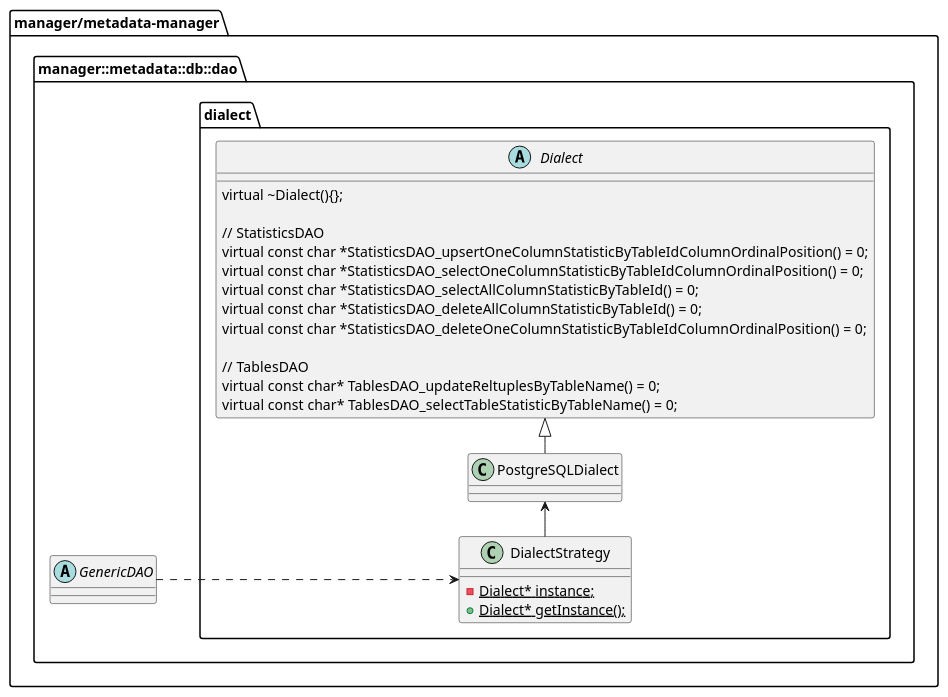
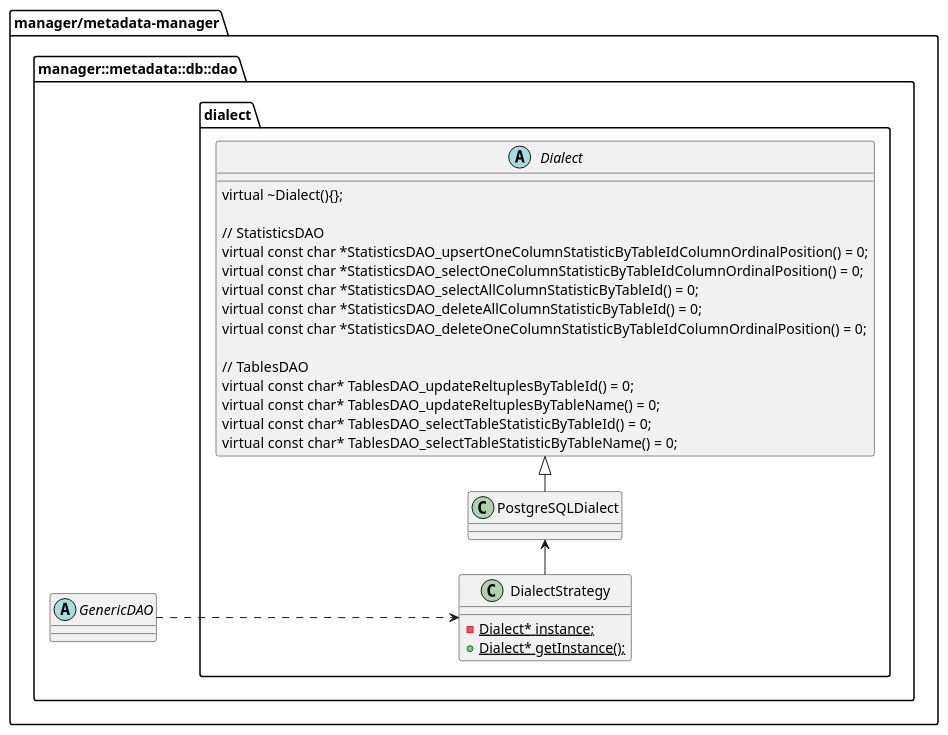
Before and after one commit to project-tsurugi/metadata-manager: the sixth of 7 diagrams in metadata-manager/docs/statistic/02.FD/uml/ClassDiagram_detail.pu, drawn with PlantUML. The commit also changed other lines of this file and 10 other files, not shown here.

```diff
--- a/metadata-manager/docs/statistic/02.FD/uml/ClassDiagram_detail.pu
+++ b/metadata-manager/docs/statistic/02.FD/uml/ClassDiagram_detail.pu
@@ -266,48 +270,50 @@
 @startuml ClassDiagram_detail_dialect
 left to right direction
 
 package "manager/metadata-manager" {
 
   package manager::metadata::db::dao{
 
     abstract class GenericDAO
     {
     }
 
     package dialect{
       class DialectStrategy
       {
         -{field}{static}{method}Dialect* instance;
         +{method}{static}{method}Dialect* getInstance();
       }
   
       abstract class Dialect {
 
 	      {method}virtual ~Dialect(){};
         {method}
         {method}// StatisticsDAO
 	      {method}virtual const char *StatisticsDAO_upsertOneColumnStatisticByTableIdColumnOrdinalPosition() = 0;
 	      {method}virtual const char *StatisticsDAO_selectOneColumnStatisticByTableIdColumnOrdinalPosition() = 0;
 	      {method}virtual const char *StatisticsDAO_selectAllColumnStatisticByTableId() = 0;
         {method}virtual const char *StatisticsDAO_deleteAllColumnStatisticByTableId() = 0;
         {method}virtual const char *StatisticsDAO_deleteOneColumnStatisticByTableIdColumnOrdinalPosition() = 0;
         {method}
         {method}// TablesDAO
+        {method}virtual const char* TablesDAO_updateReltuplesByTableId() = 0;
         {method}virtual const char* TablesDAO_updateReltuplesByTableName() = 0;
+        {method}virtual const char* TablesDAO_selectTableStatisticByTableId() = 0;
         {method}virtual const char* TablesDAO_selectTableStatisticByTableName() = 0;
       }
   
       class PostgreSQLDialect
       {
       }
     }
   }
   
   GenericDAO ..> DialectStrategy
   
   PostgreSQLDialect -|> Dialect
   DialectStrategy -> PostgreSQLDialect
   
 }
 
 @enduml
```
